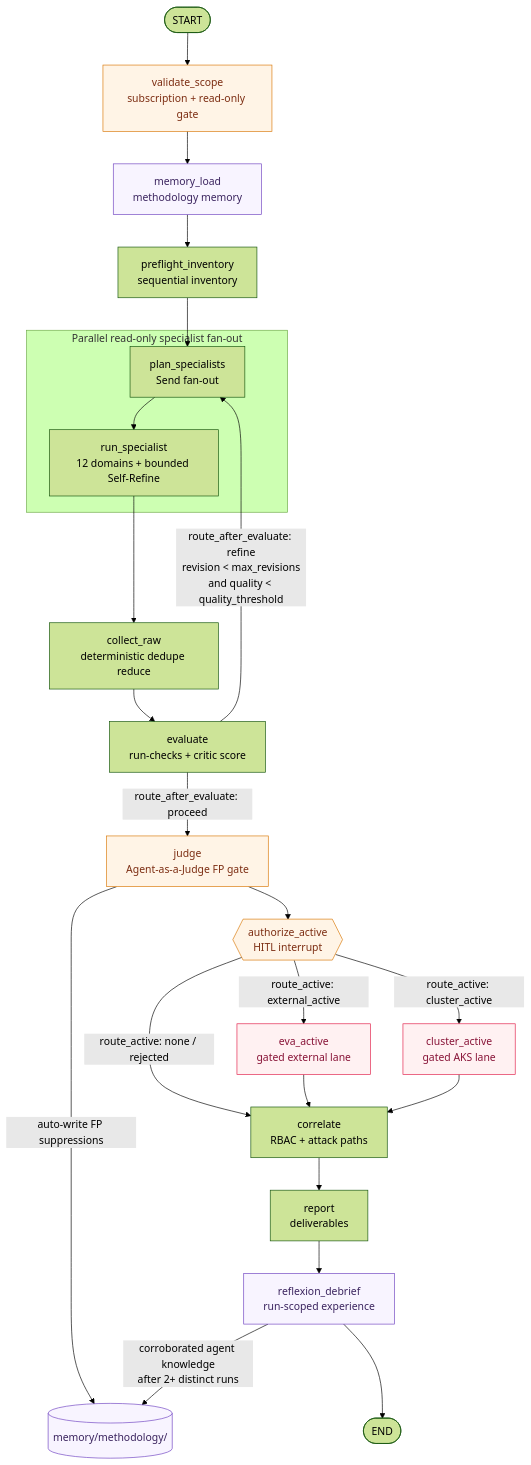
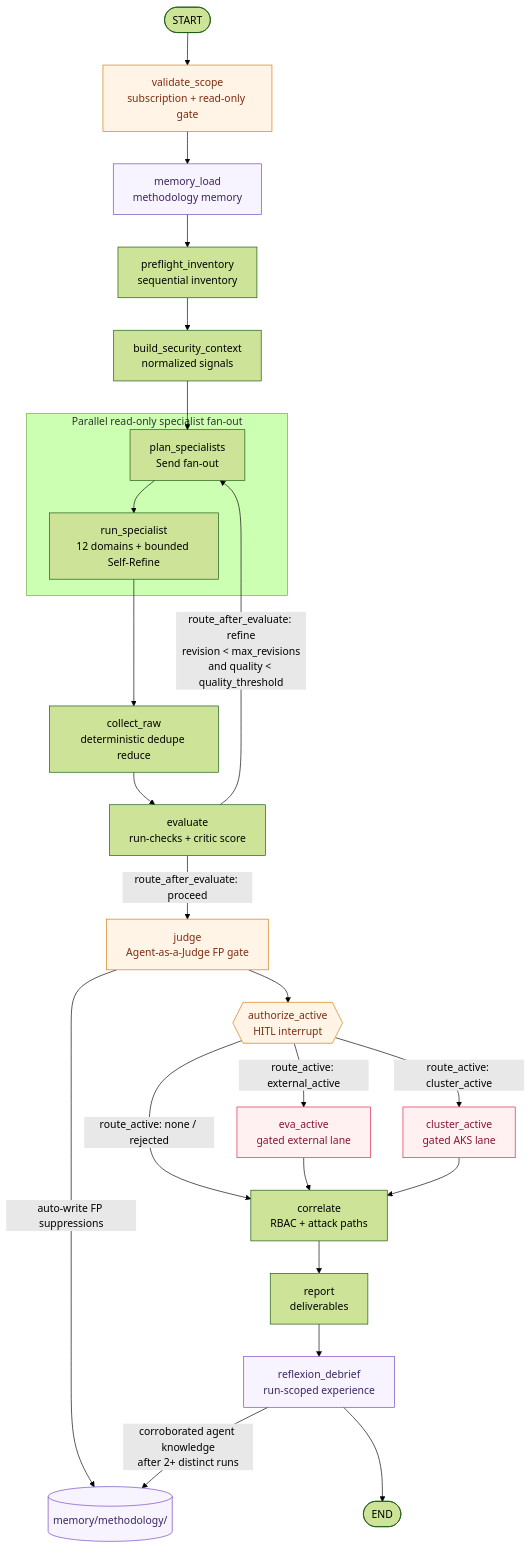
One commit to Contoso-State/red-team-agent-orchestration changed the first of 2 diagrams in README.md. Above: the diagram before and after it, drawn with Mermaid (forest theme). The commit also changed 17 other files, not shown here.

Commit message:
feat(graph): add shared security context stage

````diff
--- a/README.md
+++ b/README.md
@@ -75,36 +75,37 @@
 ```mermaid
 graph TD
     START([START]) --> VS[validate_scope<br/>subscription + read-only gate]
     VS --> ML[memory_load<br/>methodology memory]
     ML --> PI[preflight_inventory<br/>sequential inventory]
-    PI --> PS[plan_specialists<br/>Send fan-out]
+    PI --> SC[build_security_context<br/>normalized signals]
+    SC --> PS[plan_specialists<br/>Send fan-out]
 
     subgraph Fanout[Parallel read-only specialist fan-out]
         PS --> RS[run_specialist<br/>12 domains + bounded Self-Refine]
     end
 
     RS --> CR[collect_raw<br/>deterministic dedupe reduce]
     CR --> EV[evaluate<br/>run-checks + critic score]
 
     EV -->|route_after_evaluate: refine<br/>revision < max_revisions<br/>and quality < quality_threshold| PS
     EV -->|route_after_evaluate: proceed| J[judge<br/>Agent-as-a-Judge FP gate]
 
     J -->|auto-write FP suppressions| MW[(memory/methodology/)]
     J --> AA{{authorize_active<br/>HITL interrupt}}
     AA -->|route_active: external_active| EVA[eva_active<br/>gated external lane]
     AA -->|route_active: cluster_active| CA[cluster_active<br/>gated AKS lane]
     AA -->|route_active: none / rejected| CO[correlate<br/>RBAC + attack paths]
     EVA --> CO
     CA --> CO
     CO --> RP[report<br/>deliverables]
     RP --> RD[reflexion_debrief<br/>run-scoped experience]
     RD -->|corroborated agent knowledge<br/>after 2+ distinct runs| MW
     RD --> END([END])
 
     classDef memory fill:#f8f4ff,stroke:#6f42c1,color:#3b245f;
     classDef gate fill:#fff4e6,stroke:#d97706,color:#7c2d12;
     classDef active fill:#fff1f2,stroke:#e11d48,color:#881337;
     class ML,MW,RD memory;
     class VS,AA,J gate;
     class EVA,CA active;
 ```
````
